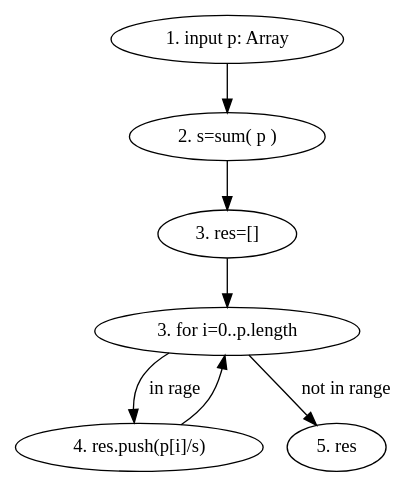
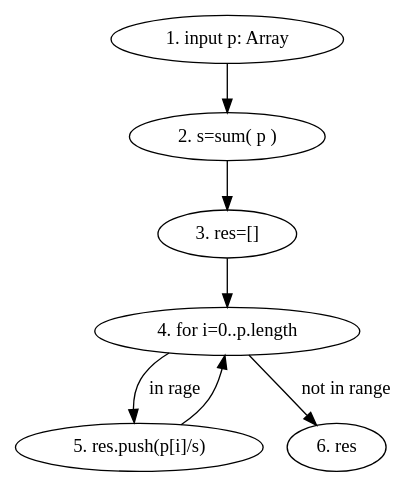
One commit to drakexcaptainop/p5t changed the diagram in test_graphs/scripts/probability_utils/normalizePmf.dot. Above: the diagram before and after it, drawn with Graphviz. The commit also changed 30 other files, not shown here.

```diff
--- a/test_graphs/scripts/probability_utils/normalizePmf.dot
+++ b/test_graphs/scripts/probability_utils/normalizePmf.dot
@@ -1,13 +1,13 @@
 digraph G{
     INP [label="1. input p: Array"]
     SET1 [label="2. s=sum( p )"]
     SET2 [label="3. res=[]"]
-    FOR [label="3. for i=0..p.length"]
-    PUSH [label="4. res.push(p[i]/s)"]
-    RET [label="5. res"]
+    FOR [label="4. for i=0..p.length"]
+    PUSH [label="5. res.push(p[i]/s)"]
+    RET [label="6. res"]
 
     INP -> SET1 -> SET2 -> FOR 
     FOR -> PUSH [label="in rage"]
     FOR -> RET [label="not in range"]
     PUSH -> FOR 
 }
```
